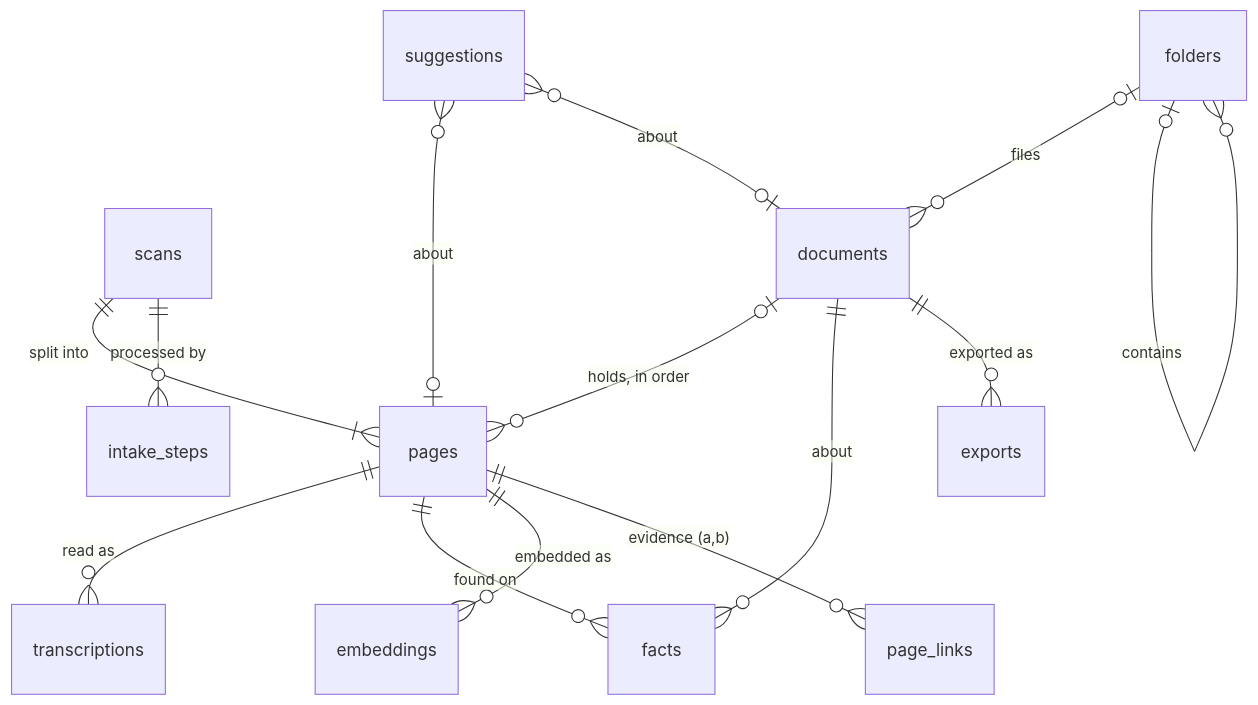
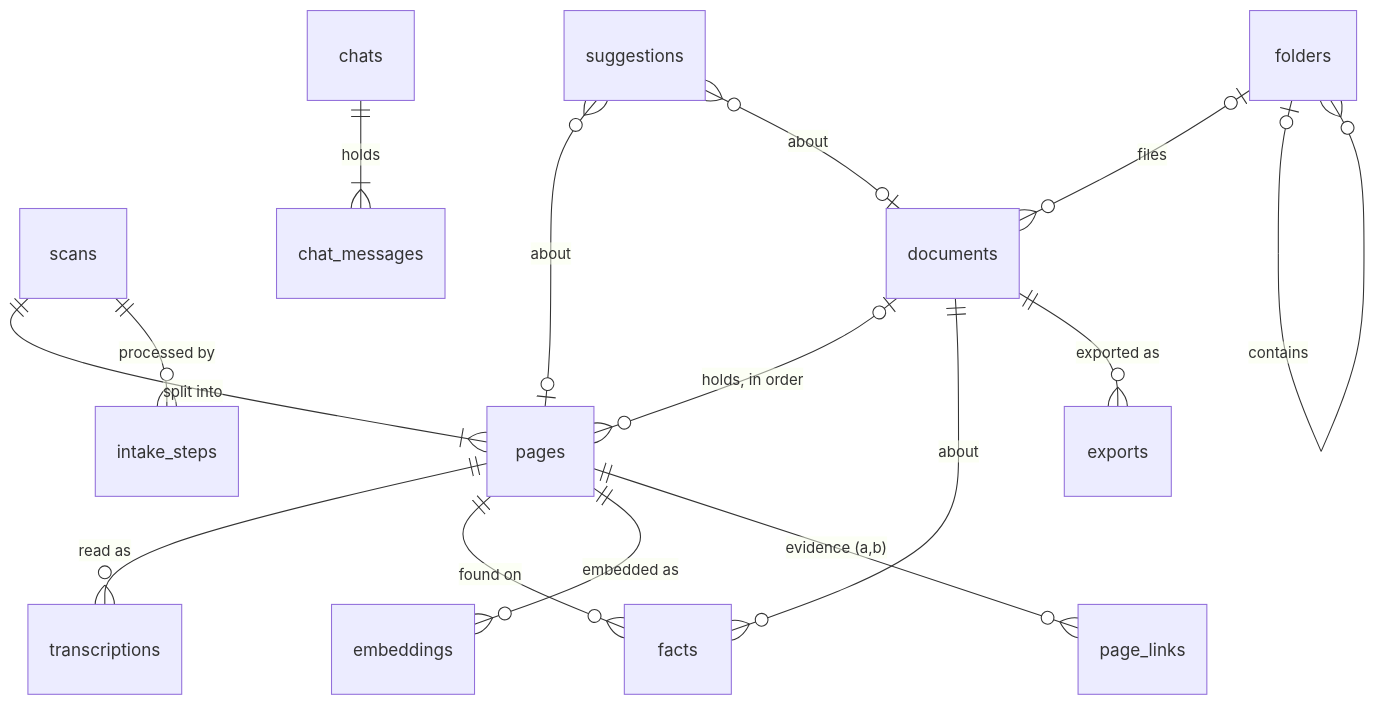
One commit to meatbobstrat/Lindley changed the diagram in design/database.md. Above: the diagram before and after it, drawn with Mermaid. The commit also changed other lines of this file and 2 other files, not shown here.

````diff
--- a/design/database.md
+++ b/design/database.md
@@ -16,16 +16,17 @@
 ```mermaid
 erDiagram
     scans ||--|{ pages : "split into"
     pages ||--o{ transcriptions : "read as"
     pages ||--o{ facts : "found on"
     pages ||--o{ embeddings : "embedded as"
     pages ||--o{ page_links : "evidence (a,b)"
     documents |o--o{ pages : "holds, in order"
     documents ||--o{ facts : "about"
     folders |o--o{ documents : "files"
     folders |o--o{ folders : "contains"
     suggestions }o--o| pages : "about"
     suggestions }o--o| documents : "about"
     documents ||--o{ exports : "exported as"
     scans ||--o{ intake_steps : "processed by"
+    chats ||--|{ chat_messages : "holds"
 ```
````
